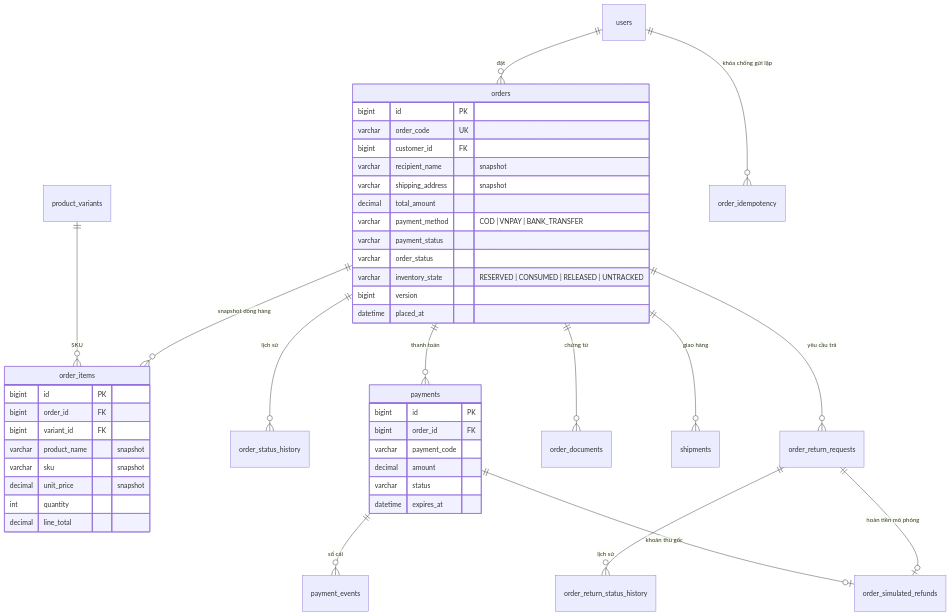
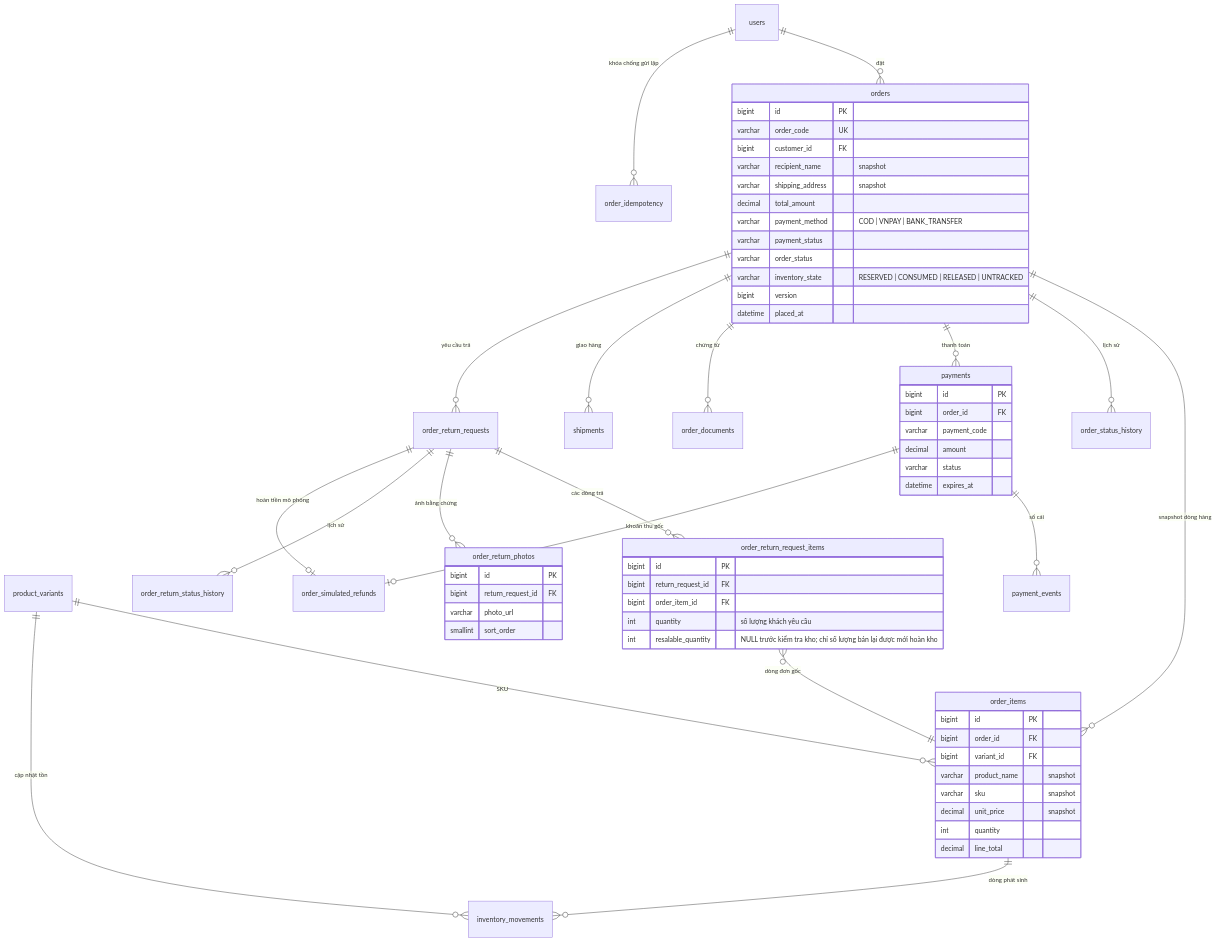
Before and after one commit to Yuu2006/IS207.R12-Website-ban-do-gia-dung: the fourth of 5 diagrams in docs/database/ERD.md, drawn with Mermaid. The commit also changed other lines of this file and 47 other files, not shown here.

````diff
--- a/docs/database/ERD.md
+++ b/docs/database/ERD.md
@@ -129,48 +129,68 @@
 ```mermaid
 erDiagram
     users ||--o{ orders : "đặt"
     orders ||--o{ order_items : "snapshot dòng hàng"
     product_variants ||--o{ order_items : "SKU"
     orders ||--o{ order_status_history : "lịch sử"
     orders ||--o{ payments : "thanh toán"
     payments ||--o{ payment_events : "sổ cái"
     orders ||--o{ order_documents : "chứng từ"
     orders ||--o{ shipments : "giao hàng"
     orders ||--o{ order_return_requests : "yêu cầu trả"
+    order_return_requests ||--o{ order_return_request_items : "các dòng trả"
+    order_return_request_items }o--|| order_items : "dòng đơn gốc"
+    order_return_requests ||--o{ order_return_photos : "ảnh bằng chứng"
     order_return_requests ||--o{ order_return_status_history : "lịch sử"
     order_return_requests ||--o| order_simulated_refunds : "hoàn tiền mô phỏng"
     payments ||--o| order_simulated_refunds : "khoản thu gốc"
+    product_variants ||--o{ inventory_movements : "cập nhật tồn"
+    order_items ||--o{ inventory_movements : "dòng phát sinh"
     users ||--o{ order_idempotency : "khóa chống gửi lặp"
     orders {
         bigint id PK
         varchar order_code UK
         bigint customer_id FK
         varchar recipient_name "snapshot"
         varchar shipping_address "snapshot"
         decimal total_amount
         varchar payment_method "COD | VNPAY | BANK_TRANSFER"
         varchar payment_status
         varchar order_status
         varchar inventory_state "RESERVED | CONSUMED | RELEASED | UNTRACKED"
         bigint version
         datetime placed_at
+    }
+
+    order_return_request_items {
+        bigint id PK
+        bigint return_request_id FK
+        bigint order_item_id FK
+        int quantity "số lượng khách yêu cầu"
+        int resalable_quantity "NULL trước kiểm tra kho; chỉ số lượng bán lại được mới hoàn kho"
+    }
+
+    order_return_photos {
+        bigint id PK
+        bigint return_request_id FK
+        varchar photo_url
+        smallint sort_order
     }
     order_items {
         bigint id PK
         bigint order_id FK
         bigint variant_id FK
         varchar product_name "snapshot"
         varchar sku "snapshot"
         decimal unit_price "snapshot"
         int quantity
         decimal line_total
     }
     payments {
         bigint id PK
         bigint order_id FK
         varchar payment_code
         decimal amount
         varchar status
         datetime expires_at
     }
 ```
````
